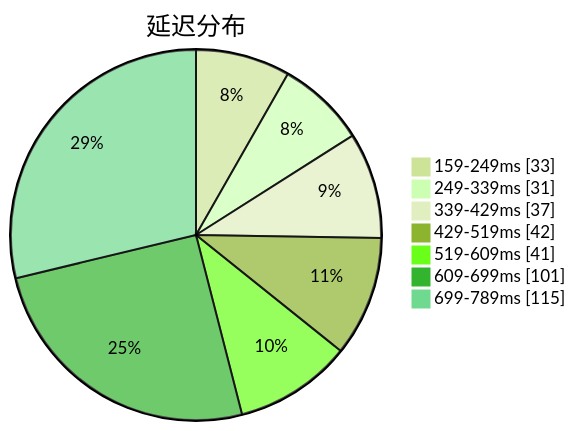
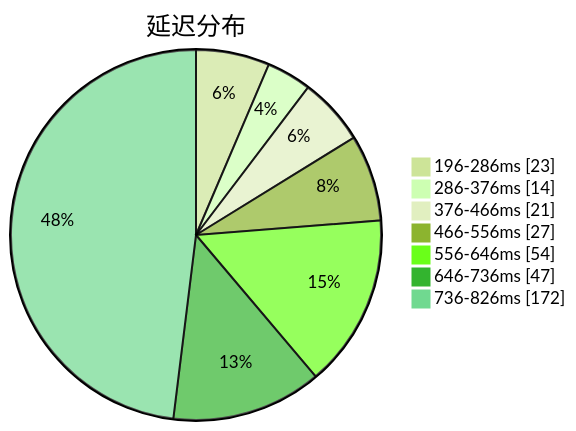
One commit to qjlxg/airport changed the first of 3 diagrams in subs/statistics/tested_within.md. Above: the diagram before and after it, drawn with Mermaid (forest theme). The commit also changed other lines of this file and 2 other files, not shown here.

Commit message:
Tested by metaST

````diff
--- a/subs/statistics/tested_within.md
+++ b/subs/statistics/tested_within.md
@@ -2,11 +2,11 @@
 ```mermaid
 pie showData
 title 延迟分布
-"159-249ms" : 33
-"249-339ms" : 31
-"339-429ms" : 37
-"429-519ms" : 42
-"519-609ms" : 41
-"609-699ms" : 101
-"699-789ms" : 115
+"196-286ms" : 23
+"286-376ms" : 14
+"376-466ms" : 21
+"466-556ms" : 27
+"556-646ms" : 54
+"646-736ms" : 47
+"736-826ms" : 172
 ```
````
